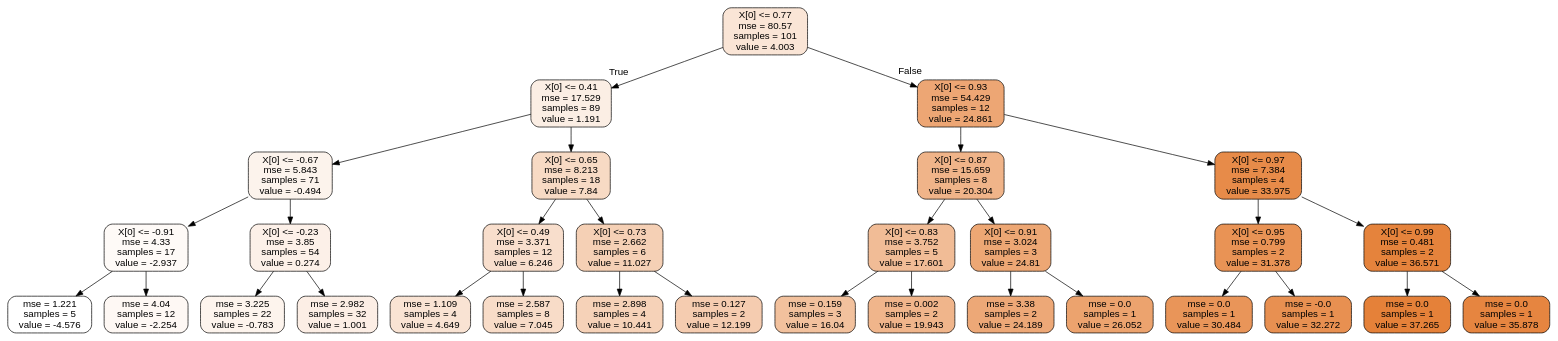
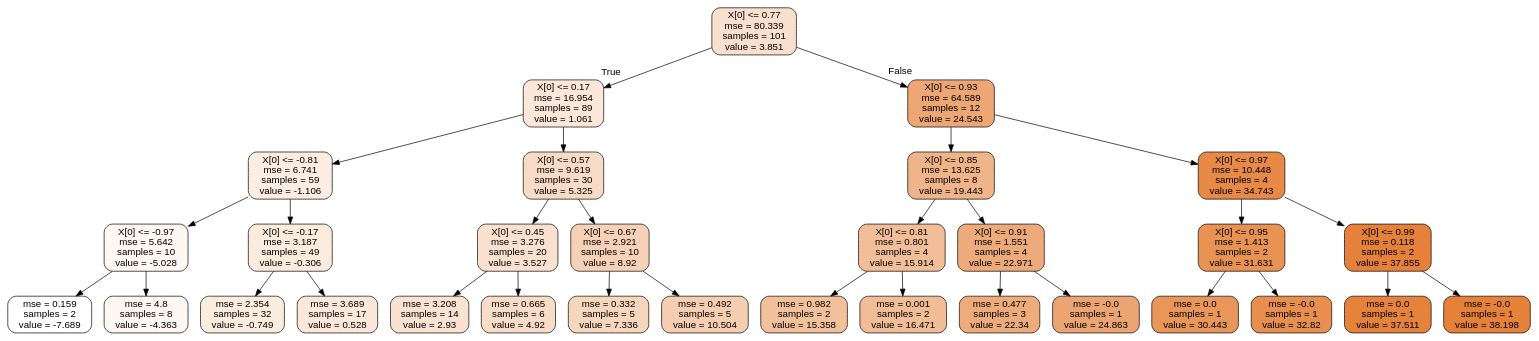
The diagram in Regression/poly_tree.dot (SagarDePrem/TF_essentials), drawn with Graphviz before and after one commit. The commit also changed 4 other files, not shown here.

```diff
--- a/Regression/poly_tree.dot
+++ b/Regression/poly_tree.dot
@@ -1,65 +1,65 @@
 digraph Tree {
 node [shape=box, style="filled, rounded", color="black", fontname=helvetica] ;
 edge [fontname=helvetica] ;
-0 [label="X[0] <= 0.77\nmse = 80.57\nsamples = 101\nvalue = 4.003", fillcolor="#fae5d6"] ;
-1 [label="X[0] <= 0.41\nmse = 17.529\nsamples = 89\nvalue = 1.191", fillcolor="#fbeee4"] ;
+0 [label="X[0] <= 0.77\nmse = 80.339\nsamples = 101\nvalue = 3.851", fillcolor="#e5813940"] ;
+1 [label="X[0] <= 0.17\nmse = 16.954\nsamples = 89\nvalue = 1.061", fillcolor="#e5813931"] ;
 0 -> 1 [labeldistance=2.5, labelangle=45, headlabel="True"] ;
-2 [label="X[0] <= -0.67\nmse = 5.843\nsamples = 71\nvalue = -0.494", fillcolor="#fcf3ec"] ;
+2 [label="X[0] <= -0.81\nmse = 6.741\nsamples = 59\nvalue = -1.106", fillcolor="#e5813925"] ;
 1 -> 2 ;
-3 [label="X[0] <= -0.91\nmse = 4.33\nsamples = 17\nvalue = -2.937", fillcolor="#fefaf7"] ;
+3 [label="X[0] <= -0.97\nmse = 5.642\nsamples = 10\nvalue = -5.028", fillcolor="#e581390f"] ;
 2 -> 3 ;
-4 [label="mse = 1.221\nsamples = 5\nvalue = -4.576", fillcolor="#ffffff"] ;
+4 [label="mse = 0.159\nsamples = 2\nvalue = -7.689", fillcolor="#e5813900"] ;
 3 -> 4 ;
-5 [label="mse = 4.04\nsamples = 12\nvalue = -2.254", fillcolor="#fef8f4"] ;
+5 [label="mse = 4.8\nsamples = 8\nvalue = -4.363", fillcolor="#e5813912"] ;
 3 -> 5 ;
-6 [label="X[0] <= -0.23\nmse = 3.85\nsamples = 54\nvalue = 0.274", fillcolor="#fcf0e8"] ;
+6 [label="X[0] <= -0.17\nmse = 3.187\nsamples = 49\nvalue = -0.306", fillcolor="#e5813929"] ;
 2 -> 6 ;
-7 [label="mse = 3.225\nsamples = 22\nvalue = -0.783", fillcolor="#fdf4ed"] ;
+7 [label="mse = 2.354\nsamples = 32\nvalue = -0.749", fillcolor="#e5813927"] ;
 6 -> 7 ;
-8 [label="mse = 2.982\nsamples = 32\nvalue = 1.001", fillcolor="#fceee5"] ;
+8 [label="mse = 3.689\nsamples = 17\nvalue = 0.528", fillcolor="#e581392e"] ;
 6 -> 8 ;
-9 [label="X[0] <= 0.65\nmse = 8.213\nsamples = 18\nvalue = 7.84", fillcolor="#f7dac4"] ;
+9 [label="X[0] <= 0.57\nmse = 9.619\nsamples = 30\nvalue = 5.325", fillcolor="#e5813948"] ;
 1 -> 9 ;
-10 [label="X[0] <= 0.49\nmse = 3.371\nsamples = 12\nvalue = 6.246", fillcolor="#f8decc"] ;
+10 [label="X[0] <= 0.45\nmse = 3.276\nsamples = 20\nvalue = 3.527", fillcolor="#e581393e"] ;
 9 -> 10 ;
-11 [label="mse = 1.109\nsamples = 4\nvalue = 4.649", fillcolor="#f9e3d3"] ;
+11 [label="mse = 3.208\nsamples = 14\nvalue = 2.93", fillcolor="#e581393b"] ;
 10 -> 11 ;
-12 [label="mse = 2.587\nsamples = 8\nvalue = 7.045", fillcolor="#f8dcc8"] ;
+12 [label="mse = 0.665\nsamples = 6\nvalue = 4.92", fillcolor="#e5813946"] ;
 10 -> 12 ;
-13 [label="X[0] <= 0.73\nmse = 2.662\nsamples = 6\nvalue = 11.027", fillcolor="#f5d0b5"] ;
+13 [label="X[0] <= 0.67\nmse = 2.921\nsamples = 10\nvalue = 8.92", fillcolor="#e581395c"] ;
 9 -> 13 ;
-14 [label="mse = 2.898\nsamples = 4\nvalue = 10.441", fillcolor="#f6d2b8"] ;
+14 [label="mse = 0.332\nsamples = 5\nvalue = 7.336", fillcolor="#e5813953"] ;
 13 -> 14 ;
-15 [label="mse = 0.127\nsamples = 2\nvalue = 12.199", fillcolor="#f5ccb0"] ;
+15 [label="mse = 0.492\nsamples = 5\nvalue = 10.504", fillcolor="#e5813965"] ;
 13 -> 15 ;
-16 [label="X[0] <= 0.93\nmse = 54.429\nsamples = 12\nvalue = 24.861", fillcolor="#eda674"] ;
+16 [label="X[0] <= 0.93\nmse = 64.589\nsamples = 12\nvalue = 24.543", fillcolor="#e58139b3"] ;
 0 -> 16 [labeldistance=2.5, labelangle=-45, headlabel="False"] ;
-17 [label="X[0] <= 0.87\nmse = 15.659\nsamples = 8\nvalue = 20.304", fillcolor="#f0b489"] ;
+17 [label="X[0] <= 0.85\nmse = 13.625\nsamples = 8\nvalue = 19.443", fillcolor="#e5813997"] ;
 16 -> 17 ;
-18 [label="X[0] <= 0.83\nmse = 3.752\nsamples = 5\nvalue = 17.601", fillcolor="#f1bc96"] ;
+18 [label="X[0] <= 0.81\nmse = 0.801\nsamples = 4\nvalue = 15.914", fillcolor="#e5813983"] ;
 17 -> 18 ;
-19 [label="mse = 0.159\nsamples = 3\nvalue = 16.04", fillcolor="#f2c19d"] ;
+19 [label="mse = 0.982\nsamples = 2\nvalue = 15.358", fillcolor="#e5813980"] ;
 18 -> 19 ;
-20 [label="mse = 0.002\nsamples = 2\nvalue = 19.943", fillcolor="#f0b58b"] ;
+20 [label="mse = 0.001\nsamples = 2\nvalue = 16.471", fillcolor="#e5813986"] ;
 18 -> 20 ;
-21 [label="X[0] <= 0.91\nmse = 3.024\nsamples = 3\nvalue = 24.81", fillcolor="#eda774"] ;
+21 [label="X[0] <= 0.91\nmse = 1.551\nsamples = 4\nvalue = 22.971", fillcolor="#e58139aa"] ;
 17 -> 21 ;
-22 [label="mse = 3.38\nsamples = 2\nvalue = 24.189", fillcolor="#eda877"] ;
+22 [label="mse = 0.477\nsamples = 3\nvalue = 22.34", fillcolor="#e58139a7"] ;
 21 -> 22 ;
-23 [label="mse = 0.0\nsamples = 1\nvalue = 26.052", fillcolor="#eca36e"] ;
+23 [label="mse = -0.0\nsamples = 1\nvalue = 24.863", fillcolor="#e58139b5"] ;
 21 -> 23 ;
-24 [label="X[0] <= 0.97\nmse = 7.384\nsamples = 4\nvalue = 33.975", fillcolor="#e78b49"] ;
+24 [label="X[0] <= 0.97\nmse = 10.448\nsamples = 4\nvalue = 34.743", fillcolor="#e58139ec"] ;
 16 -> 24 ;
-25 [label="X[0] <= 0.95\nmse = 0.799\nsamples = 2\nvalue = 31.378", fillcolor="#e99355"] ;
+25 [label="X[0] <= 0.95\nmse = 1.413\nsamples = 2\nvalue = 31.631", fillcolor="#e58139db"] ;
 24 -> 25 ;
-26 [label="mse = 0.0\nsamples = 1\nvalue = 30.484", fillcolor="#e99559"] ;
+26 [label="mse = 0.0\nsamples = 1\nvalue = 30.443", fillcolor="#e58139d4"] ;
 25 -> 26 ;
-27 [label="mse = -0.0\nsamples = 1\nvalue = 32.272", fillcolor="#e89051"] ;
+27 [label="mse = -0.0\nsamples = 1\nvalue = 32.82", fillcolor="#e58139e1"] ;
 25 -> 27 ;
-28 [label="X[0] <= 0.99\nmse = 0.481\nsamples = 2\nvalue = 36.571", fillcolor="#e5833c"] ;
+28 [label="X[0] <= 0.99\nmse = 0.118\nsamples = 2\nvalue = 37.855", fillcolor="#e58139fd"] ;
 24 -> 28 ;
-29 [label="mse = 0.0\nsamples = 1\nvalue = 37.265", fillcolor="#e58139"] ;
+29 [label="mse = 0.0\nsamples = 1\nvalue = 37.511", fillcolor="#e58139fb"] ;
 28 -> 29 ;
-30 [label="mse = 0.0\nsamples = 1\nvalue = 35.878", fillcolor="#e68540"] ;
+30 [label="mse = -0.0\nsamples = 1\nvalue = 38.198", fillcolor="#e58139ff"] ;
 28 -> 30 ;
 }
```
